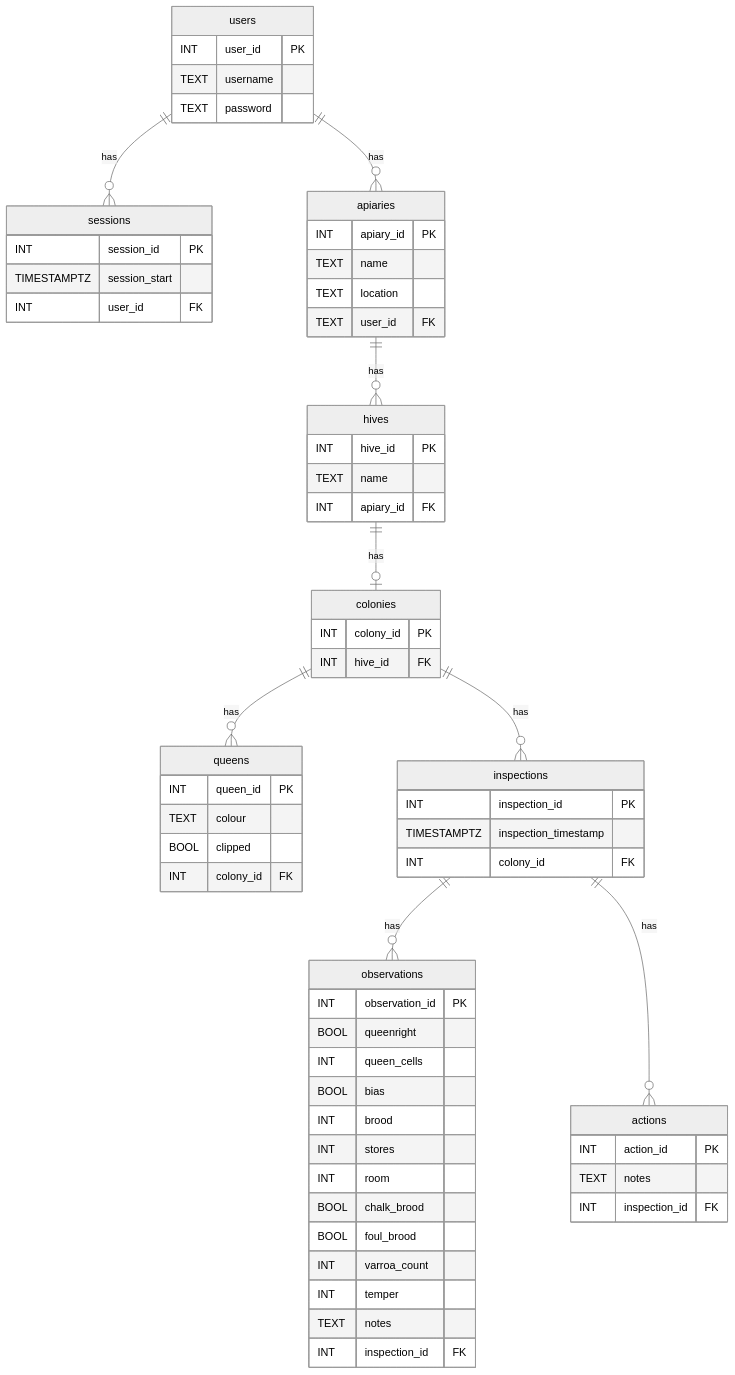
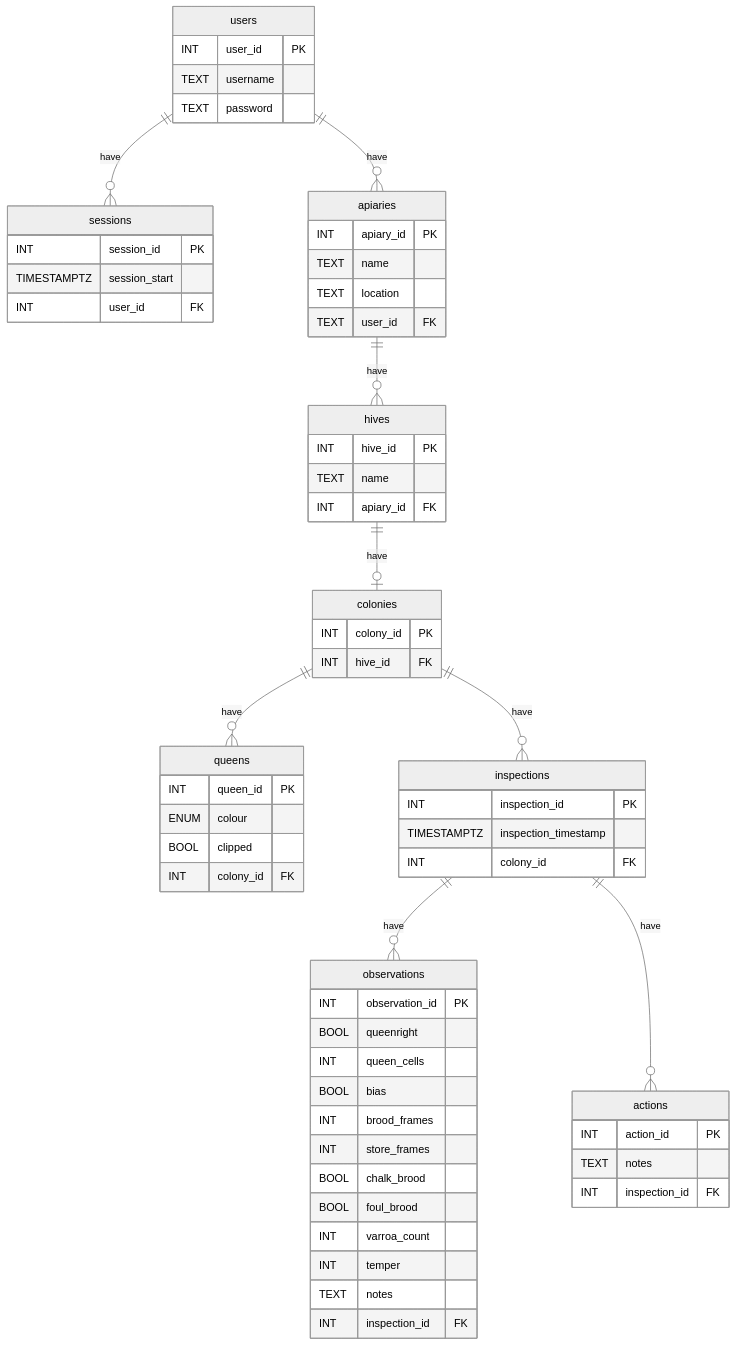
Before and after one commit to jkwlsn/apis-api: the diagram in docs/db/database_schema_v1.mmd, drawn with Mermaid (neutral theme).

Commit message:
Fixes typos in schema diagram

```diff
--- a/docs/db/database_schema_v1.mmd
+++ b/docs/db/database_schema_v1.mmd
@@ -1,65 +1,64 @@
 erDiagram
     users {
         INT user_id PK
         TEXT username
         TEXT password
     }
-    users ||--o{ sessions : has
+    users ||--o{ sessions : have
     sessions {
         INT session_id PK
         TIMESTAMPTZ session_start
         INT user_id FK
     }
-    users ||--o{ apiaries : has
+    users ||--o{ apiaries : have
     apiaries {
         INT apiary_id PK
         TEXT name
         TEXT location
         TEXT user_id FK
     }
-    apiaries ||--o{ hives : has
+    apiaries ||--o{ hives : have
     hives {
         INT hive_id PK
         TEXT name
         INT apiary_id FK
     }
-    hives ||--o| colonies : has
+    hives ||--o| colonies : have
     colonies {
         INT colony_id PK
         INT hive_id FK
     }
-    colonies ||--o{ queens : has
+    colonies ||--o{ queens : have
     queens {
         INT queen_id PK
-        TEXT colour
+        ENUM colour
         BOOL clipped
         INT colony_id FK
     }
-    colonies ||--o{ inspections : has
+    colonies ||--o{ inspections : have
     inspections {
         INT inspection_id PK
         TIMESTAMPTZ inspection_timestamp
         INT colony_id FK
     }
-    inspections ||--o{ observations : has
+    inspections ||--o{ observations : have
     observations {
         INT observation_id PK
         BOOL queenright
         INT queen_cells
         BOOL bias
-        INT brood
-        INT stores
-        INT room
+        INT brood_frames
+        INT store_frames
         BOOL chalk_brood
         BOOL foul_brood
         INT varroa_count
         INT temper
         TEXT notes
         INT inspection_id FK
     }
-    inspections ||--o{ actions : has
+    inspections ||--o{ actions : have
     actions {
         INT action_id PK
         TEXT notes
         INT inspection_id FK
     }
```
